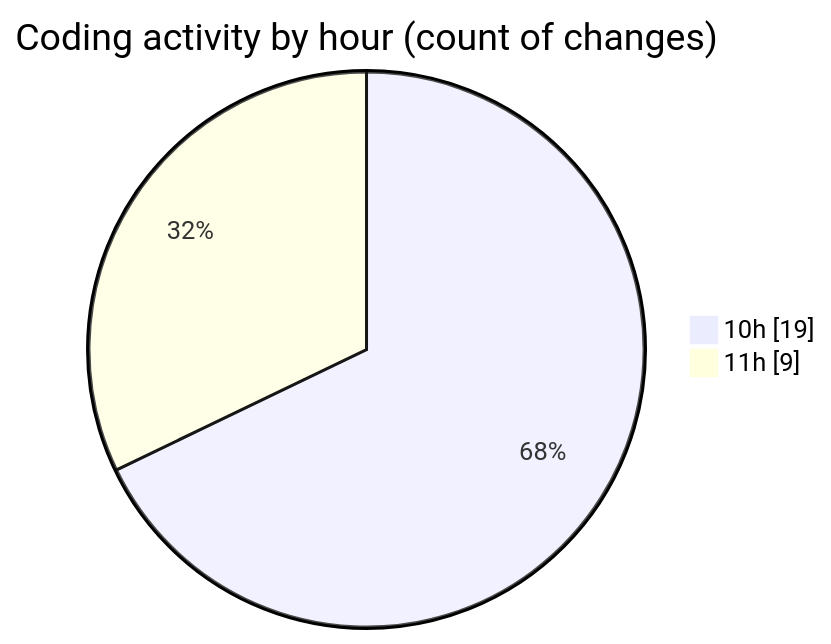
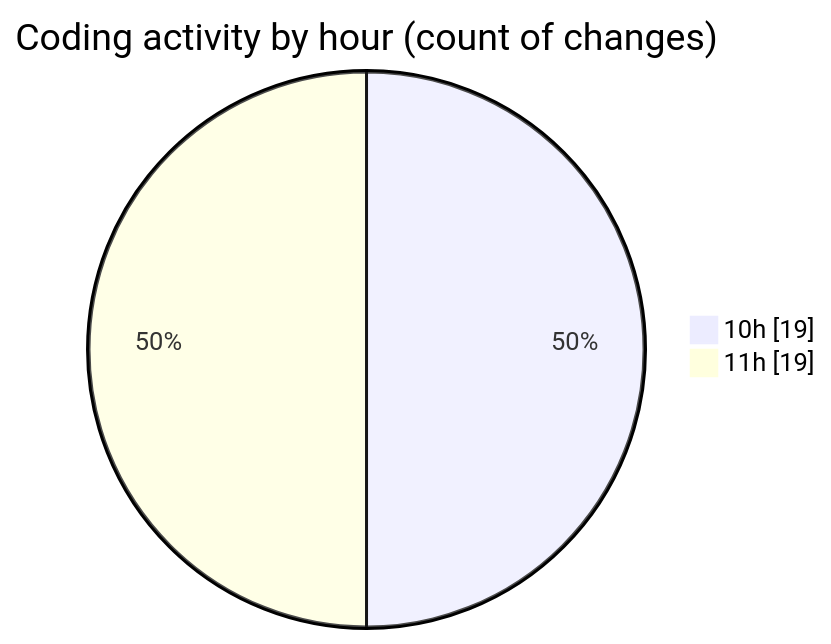
The second of 2 diagrams in 2025-03-18/cda/README.md (momahboobian/code-tracking), drawn with Mermaid before and after one commit. The commit also changed other lines of this file and 1 other file, not shown here.

````diff
--- a/2025-03-18/cda/README.md
+++ b/2025-03-18/cda/README.md
@@ -42,6 +42,6 @@
 ```mermaid
 pie showData
 title Coding activity by hour (count of changes)
 "10h" : 19
-"11h" : 9
+"11h" : 19
 ```
````
